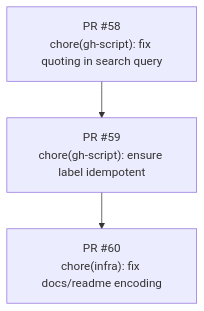
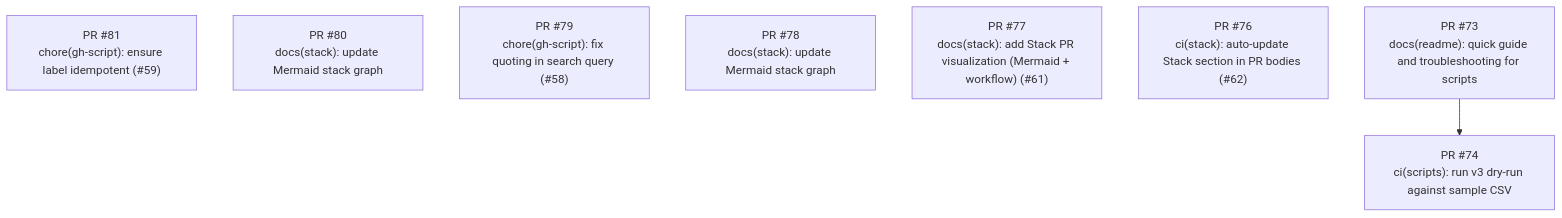
One commit to revton/car-fuel changed the diagram in docs/stack-plan/STACK-PR-PLAN.md. Above: the diagram before and after it, drawn with Mermaid.

Commit message:
docs(stack): update Mermaid stack graph

````diff
--- a/docs/stack-plan/STACK-PR-PLAN.md
+++ b/docs/stack-plan/STACK-PR-PLAN.md
@@ -6,11 +6,20 @@
 ```mermaid
 flowchart TD
-  pr60["PR #60
-chore(infra): fix docs/readme encoding"]
-  pr59["PR #59
-chore(gh-script): ensure label idempotent"]
-  pr58["PR #58
-chore(gh-script): fix quoting in search query"]
-  pr59 --> pr60
-  pr58 --> pr59
+  pr81["PR #81
+chore(gh-script): ensure label idempotent (#59)"]
+  pr80["PR #80
+docs(stack): update Mermaid stack graph"]
+  pr79["PR #79
+chore(gh-script): fix quoting in search query (#58)"]
+  pr78["PR #78
+docs(stack): update Mermaid stack graph"]
+  pr77["PR #77
+docs(stack): add Stack PR visualization (Mermaid + workflow) (#61)"]
+  pr76["PR #76
+ci(stack): auto-update Stack section in PR bodies (#62)"]
+  pr74["PR #74
+ci(scripts): run v3 dry-run against sample CSV"]
+  pr73["PR #73
+docs(readme): quick guide and troubleshooting for scripts"]
+  pr73 --> pr74
 ```
````
